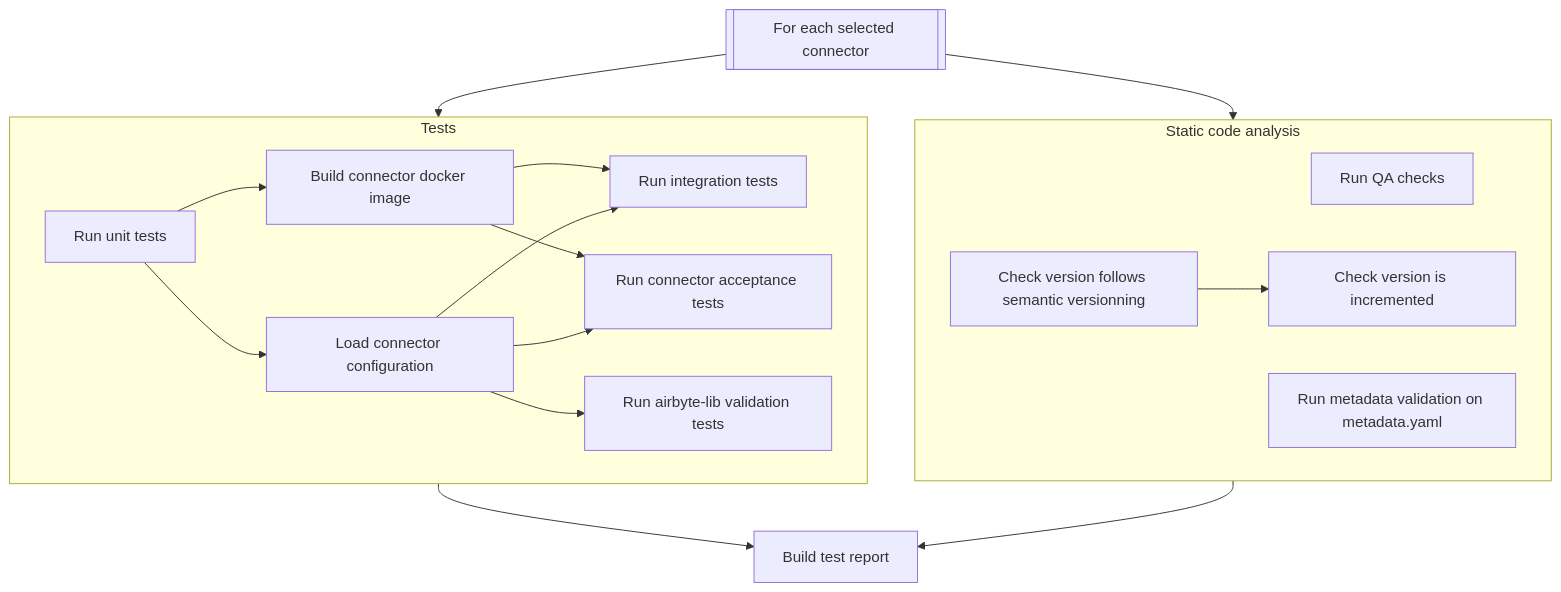
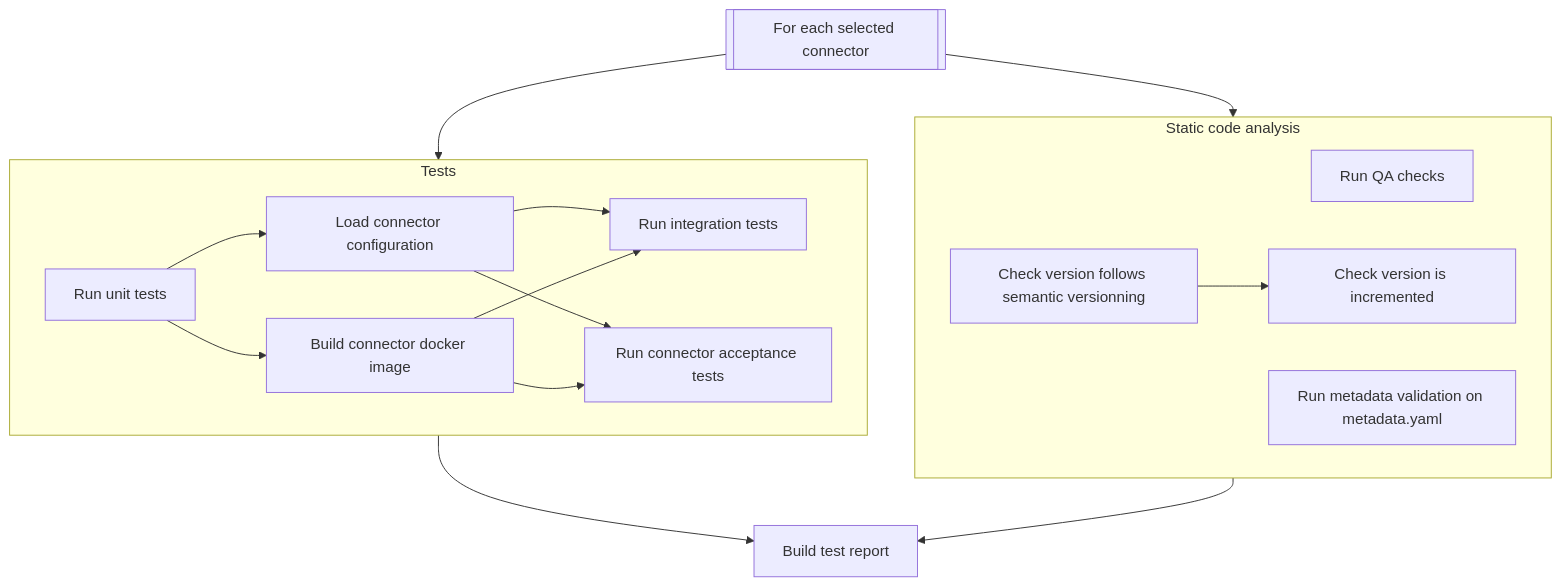
One commit to ollionorg/datapipes-airbyte changed the first of 5 diagrams in airbyte-ci/connectors/pipelines/README.md. Above: the diagram before and after it, drawn with Mermaid. The commit also changed other lines of this file and 4477 other files, not shown here.

````diff
--- a/airbyte-ci/connectors/pipelines/README.md
+++ b/airbyte-ci/connectors/pipelines/README.md
@@ -260,32 +226,30 @@
 ```mermaid
 flowchart TD
     entrypoint[[For each selected connector]]
     subgraph static ["Static code analysis"]
       qa[Run QA checks]
       sem["Check version follows semantic versionning"]
       incr["Check version is incremented"]
       metadata_validation["Run metadata validation on metadata.yaml"]
       sem --> incr
     end
     subgraph tests ["Tests"]
         build[Build connector docker image]
         unit[Run unit tests]
         integration[Run integration tests]
-        airbyte_lib_validation[Run airbyte-lib validation tests]
         cat[Run connector acceptance tests]
         secret[Load connector configuration]
 
         unit-->secret
         unit-->build
         secret-->integration
         secret-->cat
-        secret-->airbyte_lib_validation
         build-->integration
         build-->cat
     end
     entrypoint-->static
     entrypoint-->tests
     report["Build test report"]
     tests-->report
     static-->report
 ```
````
